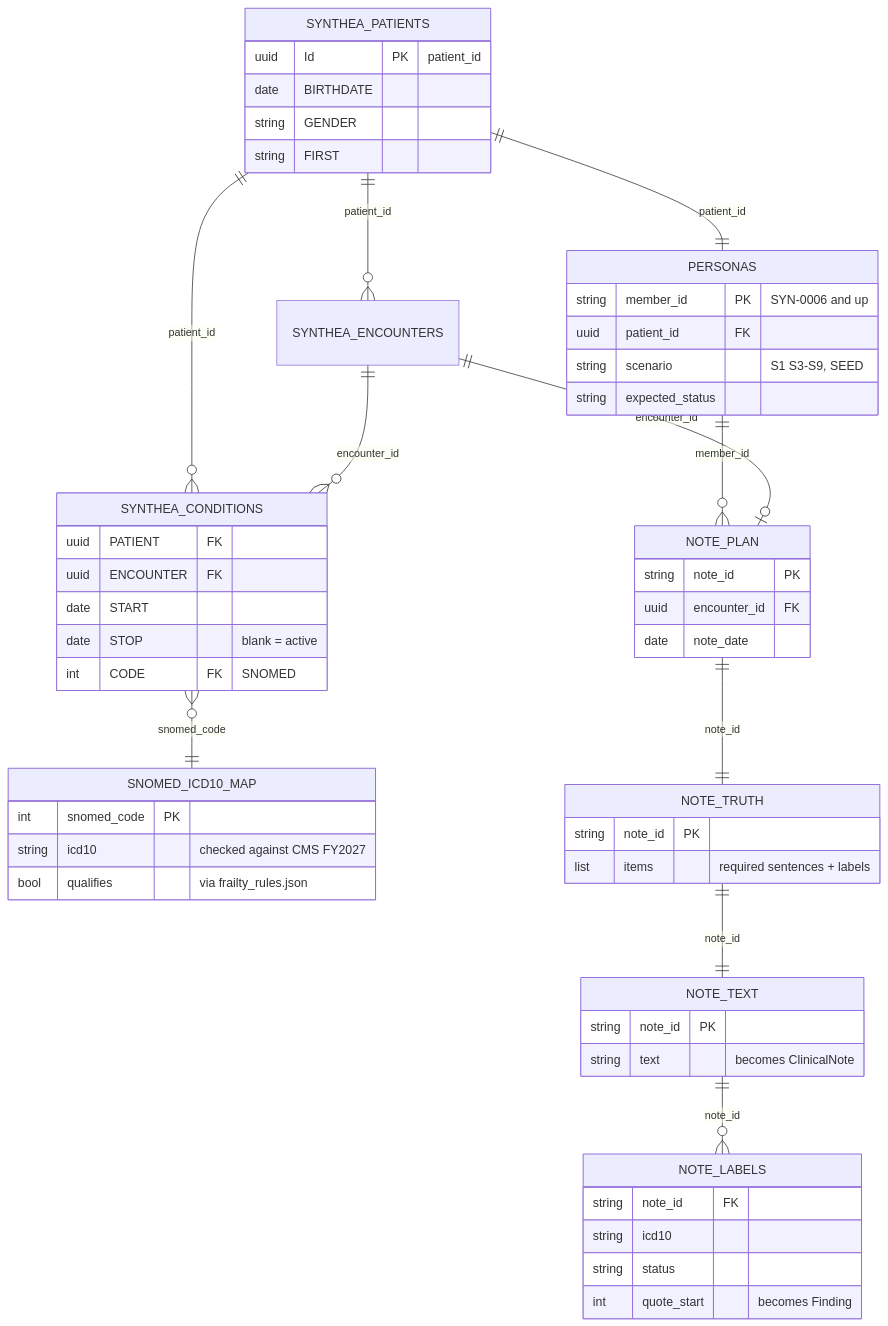
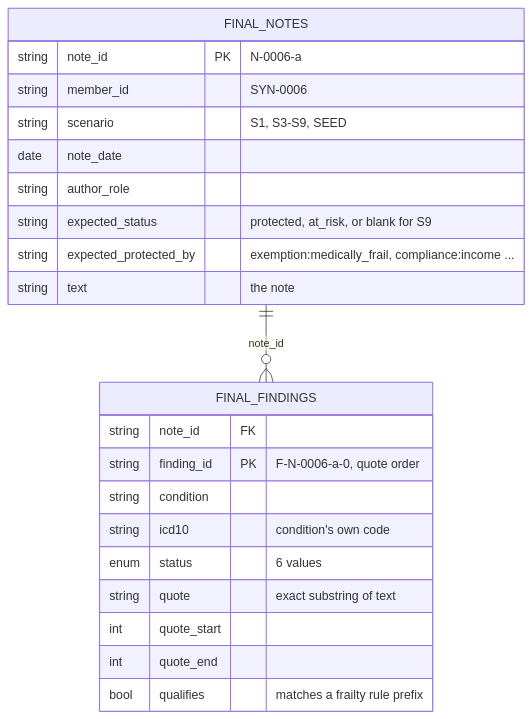
The sixth of 6 diagrams in docs/roles/DATA_SCHEMA.md (bhoomig11/proofkit), drawn with Mermaid before and after one commit. The commit also changed other lines of this file, not shown here.

Commit message:
docs: update dataset build section of the data schema
Replaces the dataset section with the current pipeline: build steps, the
2-file final dataset (notes jsonl + findings csv) and its columns, how those
files become repo fixtures, the checks every exported note passes, and the
current status. Notes that P2 merged with real platform names.

````diff
--- a/docs/roles/DATA_SCHEMA.md
+++ b/docs/roles/DATA_SCHEMA.md
@@ -265,57 +292,25 @@
 ```mermaid
 erDiagram
-  SYNTHEA_PATIENTS ||--o{ SYNTHEA_ENCOUNTERS : "patient_id"
-  SYNTHEA_PATIENTS ||--o{ SYNTHEA_CONDITIONS : "patient_id"
-  SYNTHEA_ENCOUNTERS ||--o{ SYNTHEA_CONDITIONS : "encounter_id"
-  SYNTHEA_CONDITIONS }o--|| SNOMED_ICD10_MAP : "snomed_code"
-  SYNTHEA_PATIENTS ||--|| PERSONAS : "patient_id"
-  PERSONAS ||--o{ NOTE_PLAN : "member_id"
-  SYNTHEA_ENCOUNTERS ||--o| NOTE_PLAN : "encounter_id"
-  NOTE_PLAN ||--|| NOTE_TRUTH : "note_id"
-  NOTE_TRUTH ||--|| NOTE_TEXT : "note_id"
-  NOTE_TEXT ||--o{ NOTE_LABELS : "note_id"
-
-  SYNTHEA_PATIENTS {
-    uuid Id PK "patient_id"
-    date BIRTHDATE
-    string GENDER
-    string FIRST
+  FINAL_NOTES ||--o{ FINAL_FINDINGS : "note_id"
+  FINAL_NOTES {
+    string note_id PK "N-0006-a"
+    string member_id "SYN-0006"
+    string scenario "S1, S3-S9, SEED"
+    date note_date
+    string author_role
+    string expected_status "protected, at_risk, or blank for S9"
+    string expected_protected_by "exemption:medically_frail, compliance:income ..."
+    string text "the note"
   }
-  SYNTHEA_CONDITIONS {
-    uuid PATIENT FK
-    uuid ENCOUNTER FK
-    date START
-    date STOP "blank = active"
-    int CODE FK "SNOMED"
-  }
-  SNOMED_ICD10_MAP {
-    int snomed_code PK
-    string icd10 "checked against CMS FY2027"
-    bool qualifies "via frailty_rules.json"
-  }
-  PERSONAS {
-    string member_id PK "SYN-0006 and up"
-    uuid patient_id FK
-    string scenario "S1 S3-S9, SEED"
-    string expected_status
-  }
-  NOTE_PLAN {
-    string note_id PK
-    uuid encounter_id FK
-    date note_date
-  }
-  NOTE_TRUTH {
-    string note_id PK
-    list items "required sentences + labels"
-  }
-  NOTE_TEXT {
-    string note_id PK
-    string text "becomes ClinicalNote"
-  }
-  NOTE_LABELS {
+  FINAL_FINDINGS {
     string note_id FK
-    string icd10
-    string status
-    int quote_start "becomes Finding"
+    string finding_id PK "F-N-0006-a-0, quote order"
+    string condition
+    string icd10 "condition's own code"
+    enum status "6 values"
+    string quote "exact substring of text"
+    int quote_start
+    int quote_end
+    bool qualifies "matches a frailty rule prefix"
   }
 ```
````
